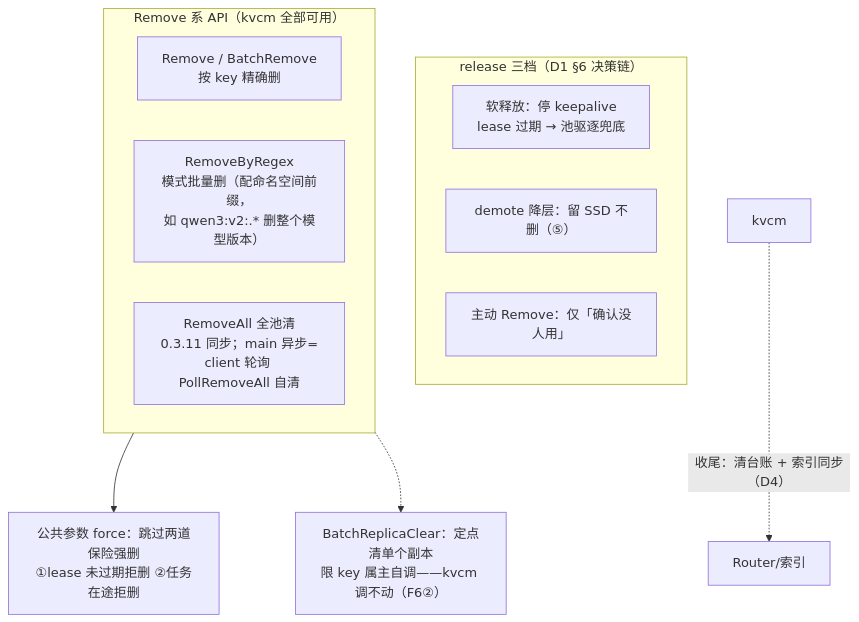
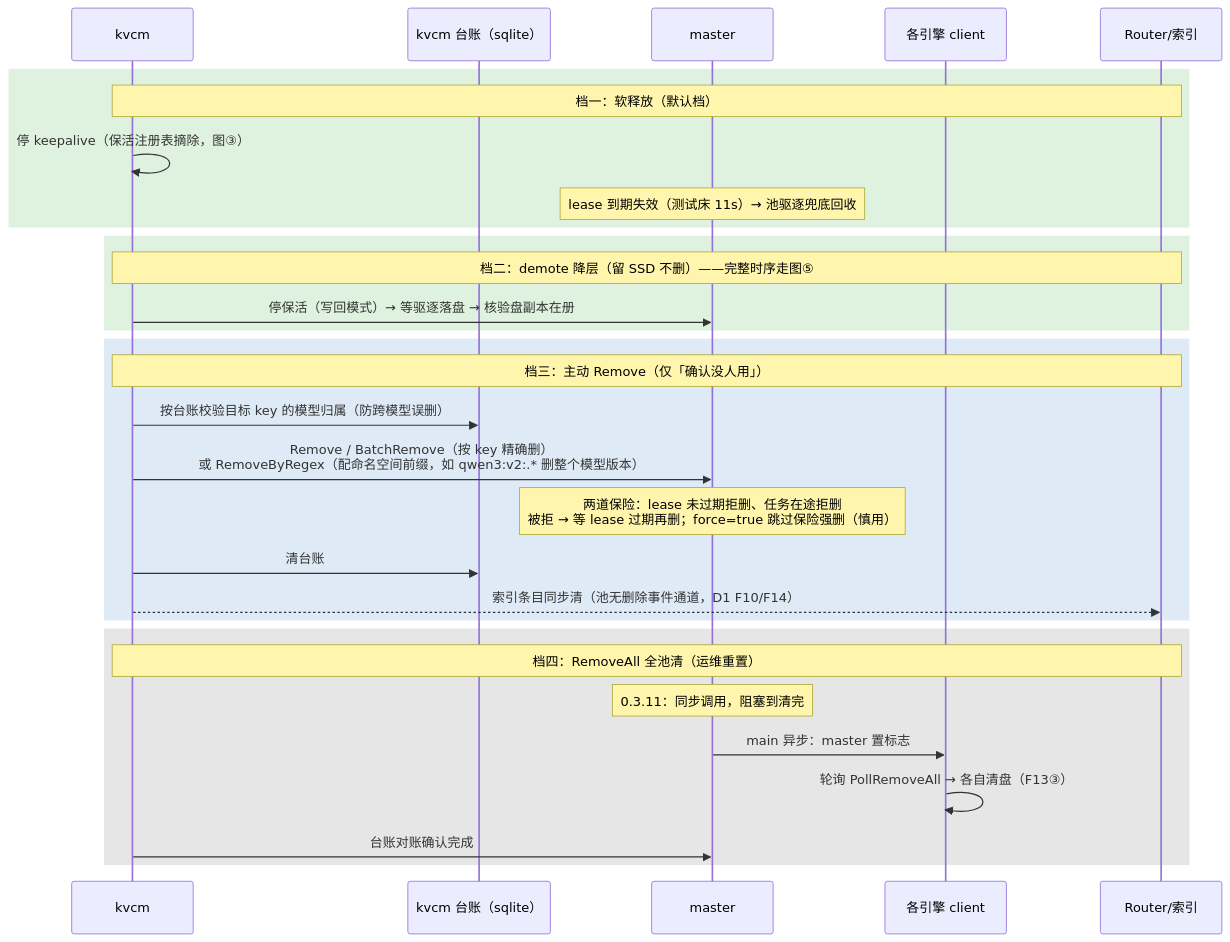
The ninth of 10 diagrams in kvcm/D2-kv-operations.md (5x8-40/lake), drawn with Mermaid before and after one commit. The commit also changed other lines of this file, not shown here.

First line of the commit message:
docs(kvcm): 操作图全量时序化，方案完整进图

````diff
--- a/kvcm/D2-kv-operations.md
+++ b/kvcm/D2-kv-operations.md
@@ -528,18 +595,36 @@
 ```mermaid
-flowchart TB
-    subgraph L3["release 三档（D1 §6 决策链）"]
-        G1["软释放：停 keepalive<br/>lease 过期 → 池驱逐兜底"]
-        G2["demote 降层：留 SSD 不删（⑤）"]
-        G3["主动 Remove：仅「确认没人用」"]
+sequenceDiagram
+    participant K as kvcm
+    participant T as kvcm 台账（sqlite）
+    participant M as master
+    participant E as 各引擎 client
+    participant R as Router/索引
+
+    rect rgb(223, 242, 223)
+    Note over K,R: 档一：软释放（默认档）
+    K->>K: 停 keepalive（保活注册表摘除，图③）
+    Note over M: lease 到期失效（测试床 11s）→ 池驱逐兜底回收
     end
-    subgraph API["Remove 系 API（kvcm 全部可用）"]
-        A1["Remove / BatchRemove<br/>按 key 精确删"]
-        A2["RemoveByRegex<br/>模式批量删（配命名空间前缀，<br/>如 qwen3:v2:.* 删整个模型版本）"]
-        A3["RemoveAll 全池清<br/>0.3.11 同步；main 异步=<br/>client 轮询 PollRemoveAll 自清"]
+
+    rect rgb(223, 242, 223)
+    Note over K,R: 档二：demote 降层（留 SSD 不删）——完整时序走图⑤
+    K->>M: 停保活（写回模式）→ 等驱逐落盘 → 核验盘副本在册
     end
-    F["公共参数 force：跳过两道保险强删<br/>①lease 未过期拒删 ②任务在途拒删"]
-    API --> F
-    N["BatchReplicaClear：定点清单个副本<br/>限 key 属主自调——kvcm 调不动（F6②）"]
-    API -.-> N
-    K["kvcm"] -.->|"收尾：清台账 + 索引同步（D4）"| R["Router/索引"]
+
+    rect rgb(222, 235, 247)
+    Note over K,R: 档三：主动 Remove（仅「确认没人用」）
+    K->>T: 按台账校验目标 key 的模型归属（防跨模型误删）
+    K->>M: Remove / BatchRemove（按 key 精确删）<br/>或 RemoveByRegex（配命名空间前缀，如 qwen3:v2:.* 删整个模型版本）
+    Note over M: 两道保险：lease 未过期拒删、任务在途拒删<br/>被拒 → 等 lease 过期再删；force=true 跳过保险强删（慎用）
+    K->>T: 清台账
+    K-->>R: 索引条目同步清（池无删除事件通道，D1 F10/F14）
+    end
+
+    rect rgb(230, 230, 230)
+    Note over K,R: 档四：RemoveAll 全池清（运维重置）
+    Note over M: 0.3.11：同步调用，阻塞到清完
+    M->>E: main 异步：master 置标志
+    E->>E: 轮询 PollRemoveAll → 各自清盘（F13③）
+    K->>M: 台账对账确认完成
+    end
 ```
````
